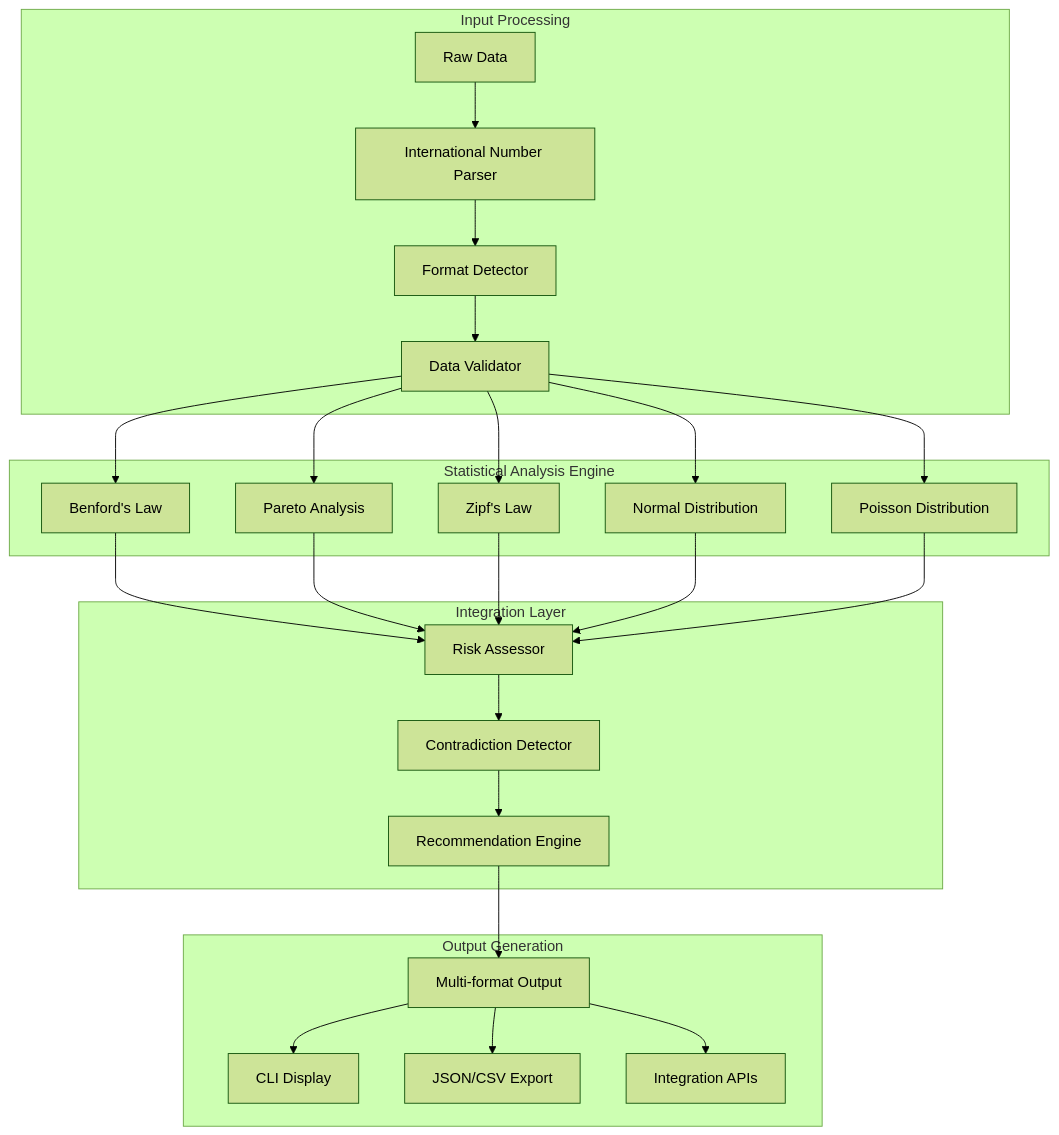
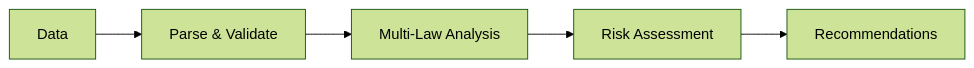
Before and after one commit to kako-jun/lawkit: the diagram in README.md, drawn with Mermaid (forest theme). The commit also changed other lines of this file and 3 other files, not shown here.

````diff
--- a/README.md
+++ b/README.md
@@ -68,34 +66,7 @@
 ```mermaid
-graph TB
-    subgraph "Input Processing"
-        A[Raw Data] --> B[International Number Parser]
-        B --> C[Format Detector]
-        C --> D[Data Validator]
-    end
-    
-    subgraph "Statistical Analysis Engine"
-        D --> E[Benford's Law]
-        D --> F[Pareto Analysis]
-        D --> G[Zipf's Law]
-        D --> H[Normal Distribution]
-        D --> I[Poisson Distribution]
-    end
-    
-    subgraph "Integration Layer"
-        E --> J[Risk Assessor]
-        F --> J
-        G --> J
-        H --> J
-        I --> J
-        J --> K[Contradiction Detector]
-        K --> L[Recommendation Engine]
-    end
-    
-    subgraph "Output Generation"
-        L --> M[Multi-format Output]
-        M --> N[CLI Display]
-        M --> O[JSON/CSV Export]
-        M --> P[Integration APIs]
-    end
-    
+graph LR
+    A[Data] --> B[Parse & Validate]
+    B --> C[Multi-Law Analysis]
+    C --> D[Risk Assessment]
+    D --> E[Recommendations]
 ```
````
